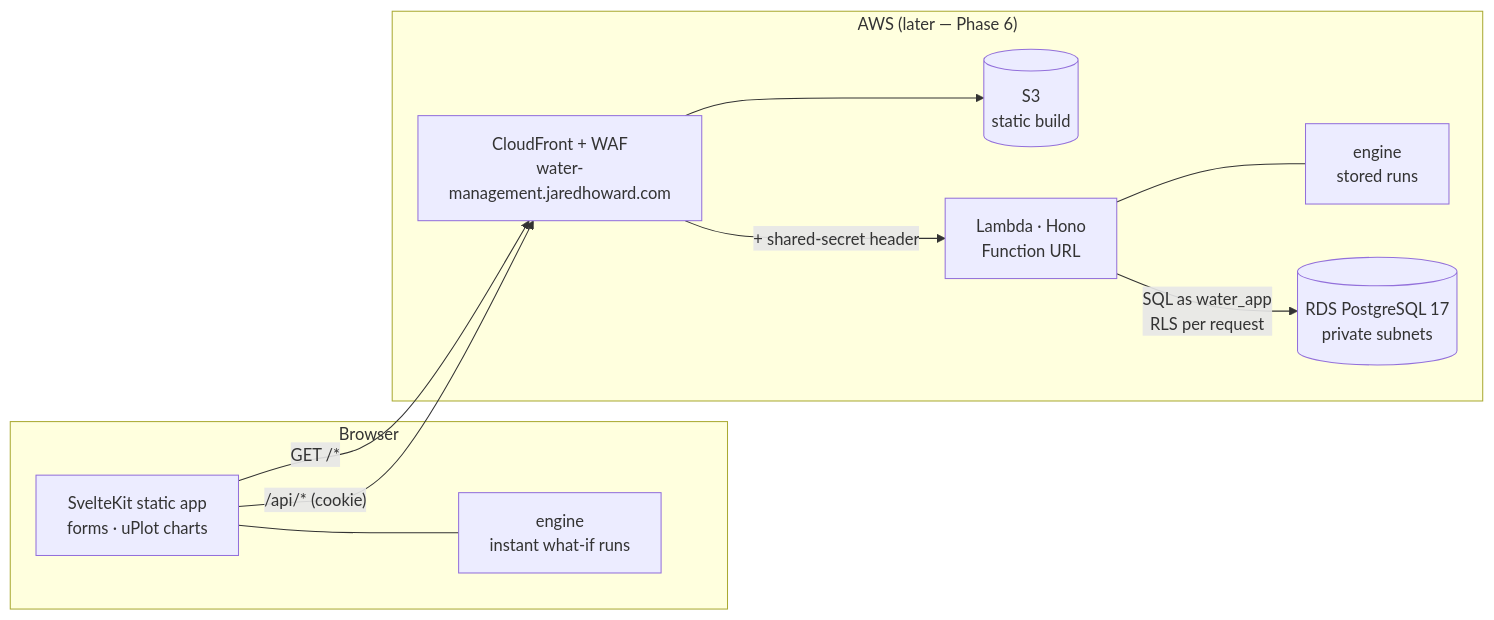
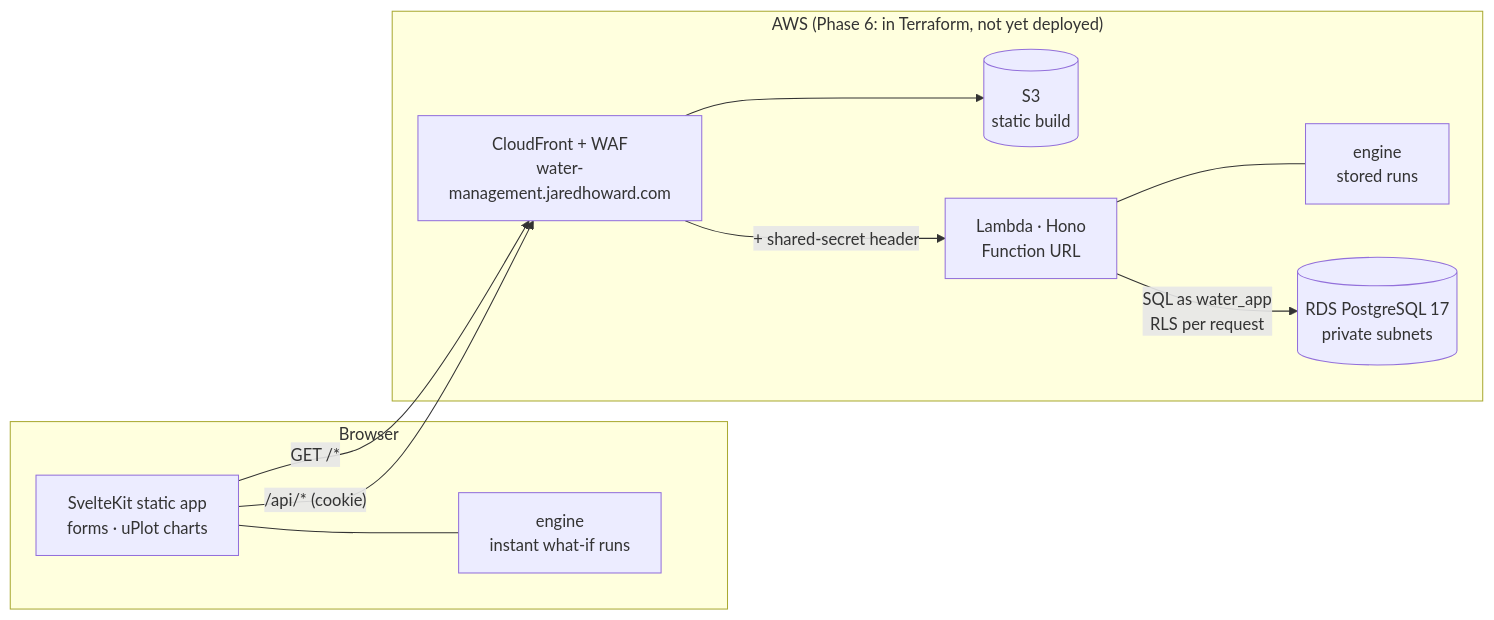
Before and after one commit to Absence0760/project-water-management: the first of 2 diagrams in docs/architecture.md, drawn with Mermaid. The commit also changed other lines of this file and 2 other files, not shown here.

Commit message:
docs: api, architecture and security match the backend and infra (errors, CSRF/CORS, route allowlist, fit record starts, RDS/WAF)

````diff
--- a/docs/architecture.md
+++ b/docs/architecture.md
@@ -10,21 +10,21 @@
 ```mermaid
 flowchart LR
   subgraph Browser
     UI[SvelteKit static app<br/>forms · uPlot charts]
     EB[engine<br/>instant what-if runs]
     UI --- EB
   end
 
-  subgraph AWS["AWS (later — Phase 6)"]
+  subgraph AWS["AWS (Phase 6: in Terraform, not yet deployed)"]
     CF[CloudFront + WAF<br/>water-management.jaredhoward.com]
     S3[(S3<br/>static build)]
     L[Lambda · Hono<br/>Function URL]
     EL[engine<br/>stored runs]
     DB[(RDS PostgreSQL 17<br/>private subnets)]
     L --- EL
   end
 
   UI -- "GET /*" --> CF --> S3
   UI -- "/api/* (cookie)" --> CF -- "+ shared-secret header" --> L
   L -- "SQL as water_app<br/>RLS per request" --> DB
 ```
````
